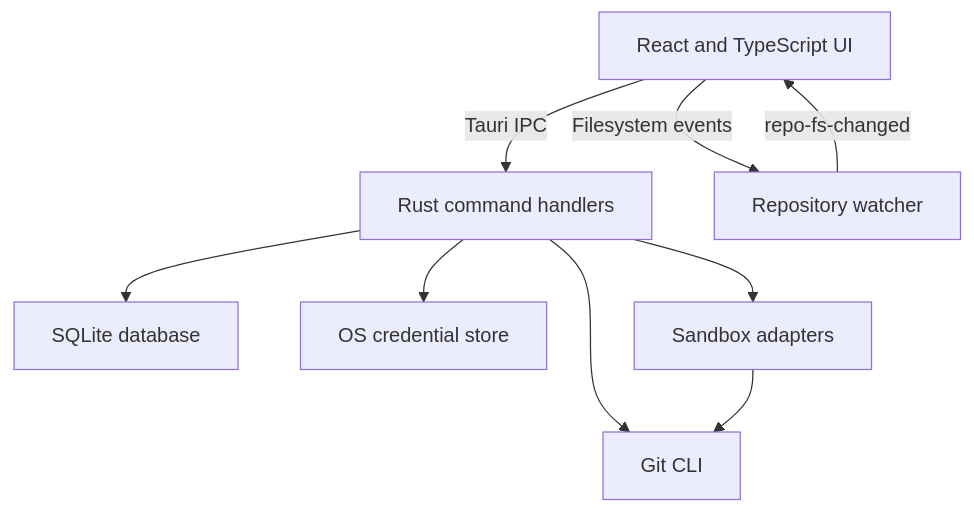
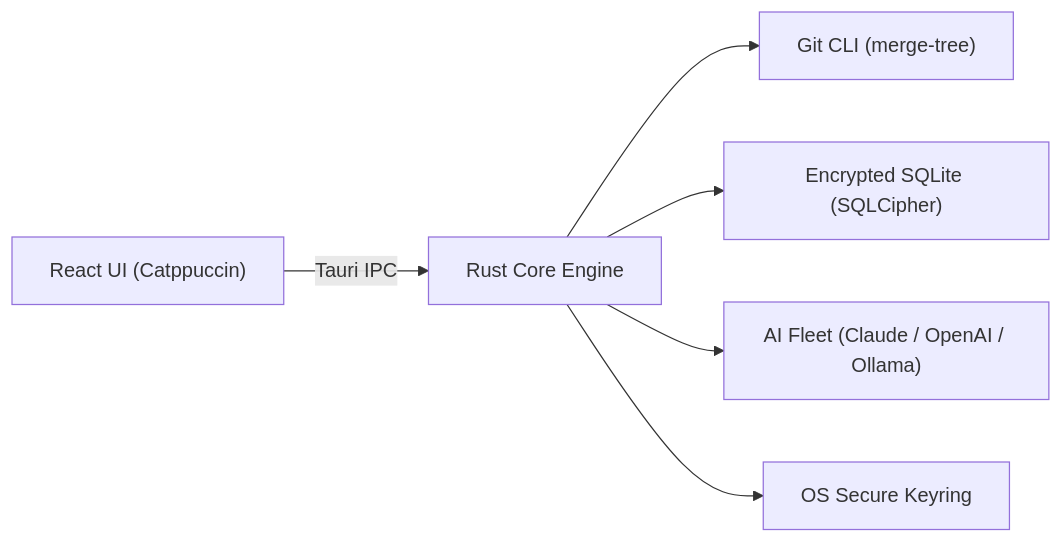
The diagram in README.md (anhquoctran/stage0), drawn with Mermaid before and after one commit. The commit also changed other lines of this file, not shown here.

````diff
--- a/README.md
+++ b/README.md
@@ -161,11 +86,8 @@
 ```mermaid
-flowchart TD
-    UI[React and TypeScript UI] -->|Tauri IPC| Commands[Rust command handlers]
-    UI -->|Filesystem events| Watcher[Repository watcher]
-    Commands --> Git[Git CLI]
-    Commands --> DB[SQLite database]
-    Commands --> Keyring[OS credential store]
-    Commands --> Sandbox[Sandbox adapters]
-    Sandbox --> Git
-    Watcher -->|repo-fs-changed| UI
+flowchart LR
+    UI["React UI (Catppuccin)"] -->|Tauri IPC| Backend["Rust Core Engine"]
+    Backend --> Git["Git CLI (merge-tree)"]
+    Backend --> DB["Encrypted SQLite (SQLCipher)"]
+    Backend --> AI["AI Fleet (Claude / OpenAI / Ollama)"]
+    Backend --> Vault["OS Secure Keyring"]
 ```
````
